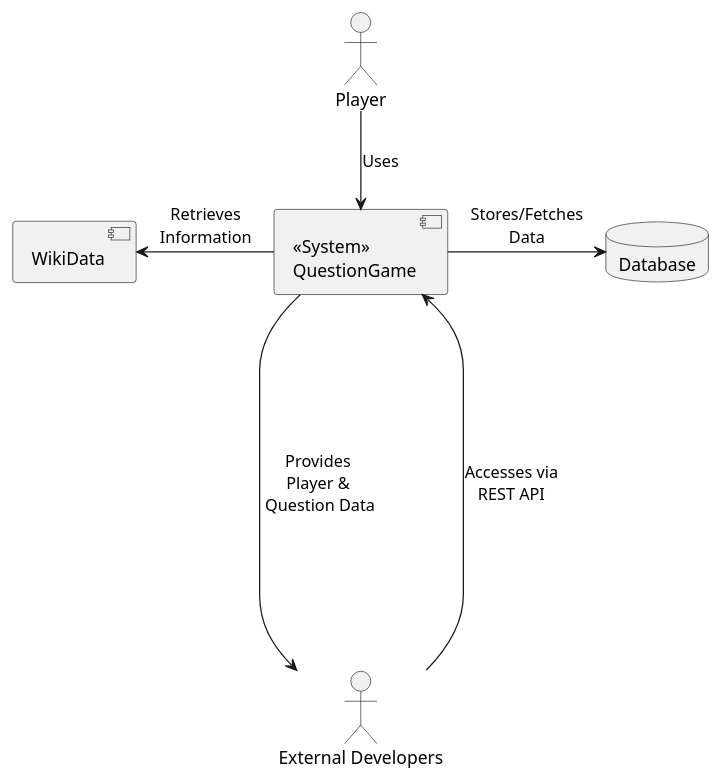
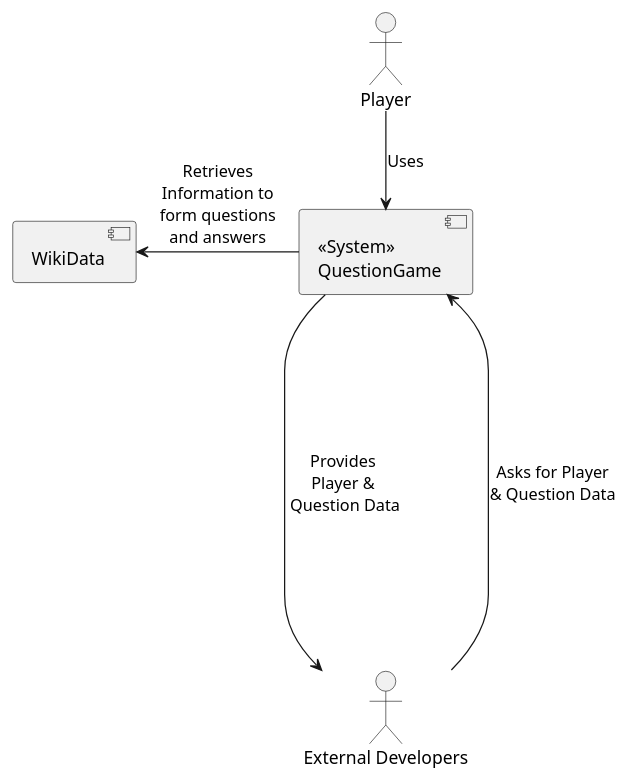
The first of 2 diagrams in docs/src/03_system_scope_and_context.adoc (Arquisoft/wiq_es04b), drawn with PlantUML before and after one commit.

Commit message:
Change bussiness context diagram to be less technical

```diff
--- a/docs/src/03_system_scope_and_context.adoc
+++ b/docs/src/03_system_scope_and_context.adoc
@@ -7,20 +7,18 @@
 [plantuml,"Deployment diagram",png]
 ----
 @startuml
 actor Player as user
 actor "External Developers" as developers
 component System [
   <<System>>
   QuestionGame
 ]
 component WikiData as wikidata
-database Database
 
 user -down-> System : Uses
-System -right-> Database : Stores/Fetches\nData
-System -left-> wikidata : Retrieves\nInformation
-developers -down-> System : Accesses via\nREST API
+System -left-> wikidata : Retrieves\nInformation to\nform questions\nand answers
+developers -down-> System : Asks for Player\n& Question Data
 System -----> developers : Provides\nPlayer &\n Question Data
 @enduml
 
 ----
```
